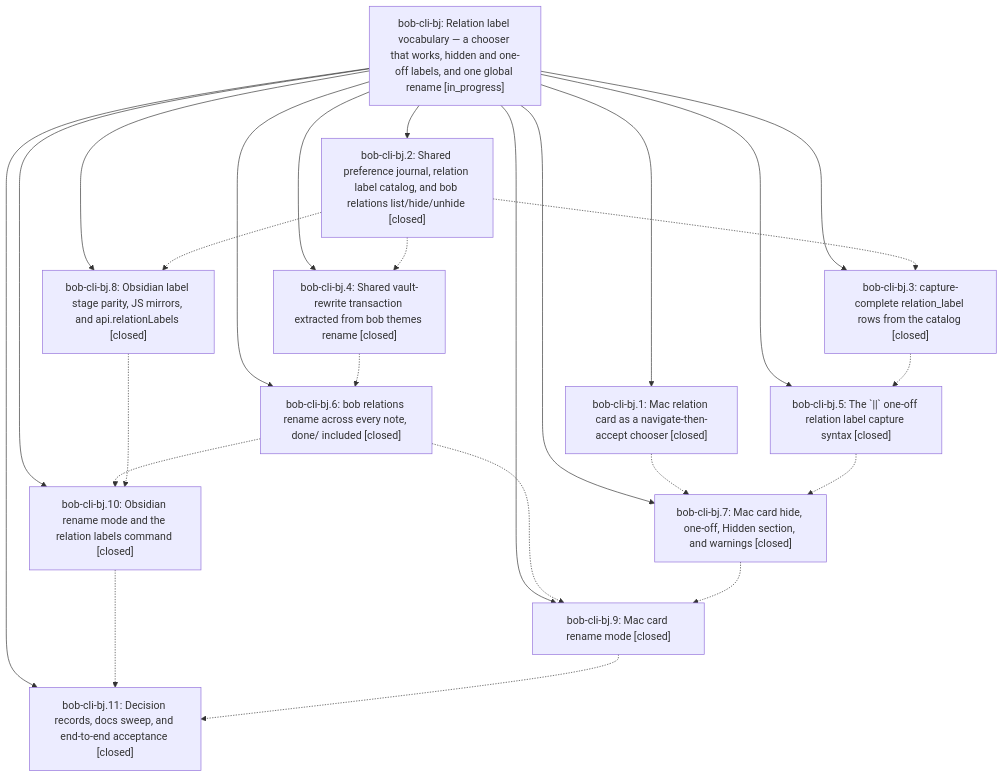
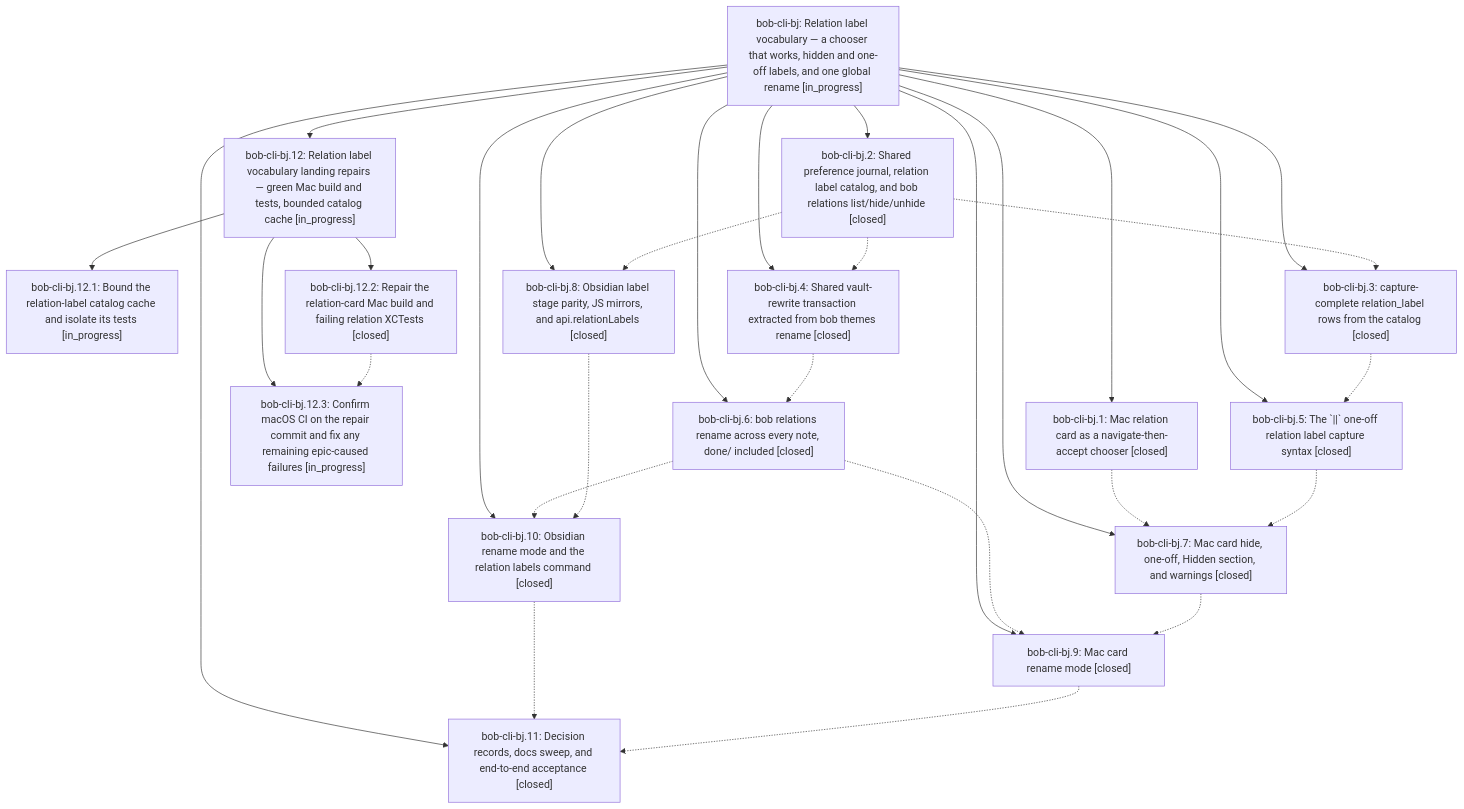
One commit to bobs-org/bob-cli--beads changed the diagram in pages/bob-cli-bj/README.md. Above: the diagram before and after it, drawn with Mermaid. The commit also changed other lines of this file and 12 other files, not shown here.

First line of the commit message:
chore(beads): sync bead state and pages for bob-cli-bj

````diff
--- a/pages/bob-cli-bj/README.md
+++ b/pages/bob-cli-bj/README.md
@@ -52,39 +56,48 @@
 ```mermaid
 flowchart TD
     n0["bob-cli-bj: Relation label vocabulary — a chooser that works, hidden and one-off labels, and one global rename [in_progress]"]
     n1["bob-cli-bj.1: Mac relation card as a navigate-then-accept chooser [closed]"]
     n2["bob-cli-bj.10: Obsidian rename mode and the relation labels command [closed]"]
     n3["bob-cli-bj.11: Decision records, docs sweep, and end-to-end acceptance [closed]"]
-    n4["bob-cli-bj.2: Shared preference journal, relation label catalog, and bob relations list/hide/unhide [closed]"]
-    n5["bob-cli-bj.3: capture-complete relation_label rows from the catalog [closed]"]
-    n6["bob-cli-bj.4: Shared vault-rewrite transaction extracted from bob themes rename [closed]"]
-    n7["bob-cli-bj.5: The `||` one-off relation label capture syntax [closed]"]
-    n8["bob-cli-bj.6: bob relations rename across every note, done/ included [closed]"]
-    n9["bob-cli-bj.7: Mac card hide, one-off, Hidden section, and warnings [closed]"]
-    n10["bob-cli-bj.8: Obsidian label stage parity, JS mirrors, and api.relationLabels [closed]"]
-    n11["bob-cli-bj.9: Mac card rename mode [closed]"]
+    n4["bob-cli-bj.12: Relation label vocabulary landing repairs — green Mac build and tests, bounded catalog cache [in_progress]"]
+    n5["bob-cli-bj.12.1: Bound the relation-label catalog cache and isolate its tests [in_progress]"]
+    n6["bob-cli-bj.12.2: Repair the relation-card Mac build and failing relation XCTests [closed]"]
+    n7["bob-cli-bj.12.3: Confirm macOS CI on the repair commit and fix any remaining epic-caused failures [in_progress]"]
+    n8["bob-cli-bj.2: Shared preference journal, relation label catalog, and bob relations list/hide/unhide [closed]"]
+    n9["bob-cli-bj.3: capture-complete relation_label rows from the catalog [closed]"]
+    n10["bob-cli-bj.4: Shared vault-rewrite transaction extracted from bob themes rename [closed]"]
+    n11["bob-cli-bj.5: The `||` one-off relation label capture syntax [closed]"]
+    n12["bob-cli-bj.6: bob relations rename across every note, done/ included [closed]"]
+    n13["bob-cli-bj.7: Mac card hide, one-off, Hidden section, and warnings [closed]"]
+    n14["bob-cli-bj.8: Obsidian label stage parity, JS mirrors, and api.relationLabels [closed]"]
+    n15["bob-cli-bj.9: Mac card rename mode [closed]"]
     n0 --> n1
     n0 --> n2
     n0 --> n3
     n0 --> n4
-    n0 --> n5
-    n0 --> n6
-    n0 --> n7
+    n4 --> n5
+    n4 --> n6
+    n4 --> n7
     n0 --> n8
     n0 --> n9
     n0 --> n10
     n0 --> n11
-    n1 -.-> n9
+    n0 --> n12
+    n0 --> n13
+    n0 --> n14
+    n0 --> n15
+    n1 -.-> n13
     n2 -.-> n3
-    n4 -.-> n5
-    n4 -.-> n6
-    n4 -.-> n10
-    n5 -.-> n7
-    n6 -.-> n8
-    n7 -.-> n9
-    n8 -.-> n2
-    n8 -.-> n11
+    n6 -.-> n7
+    n8 -.-> n9
+    n8 -.-> n10
+    n8 -.-> n14
     n9 -.-> n11
-    n10 -.-> n2
-    n11 -.-> n3
+    n10 -.-> n12
+    n11 -.-> n13
+    n12 -.-> n2
+    n12 -.-> n15
+    n13 -.-> n15
+    n14 -.-> n2
+    n15 -.-> n3
 ```
````
